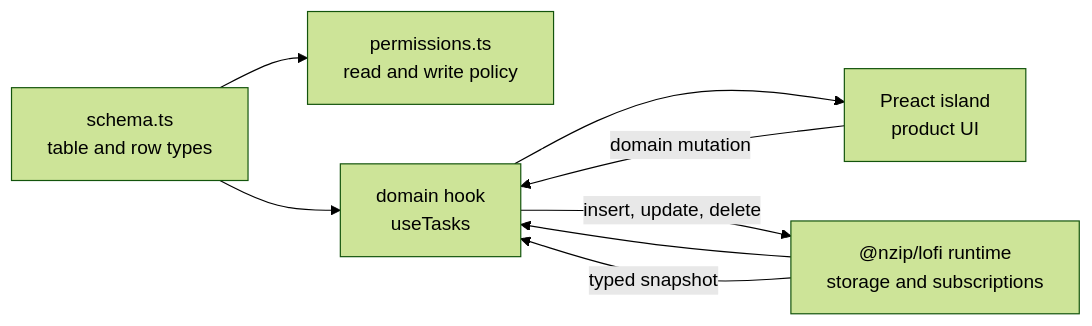
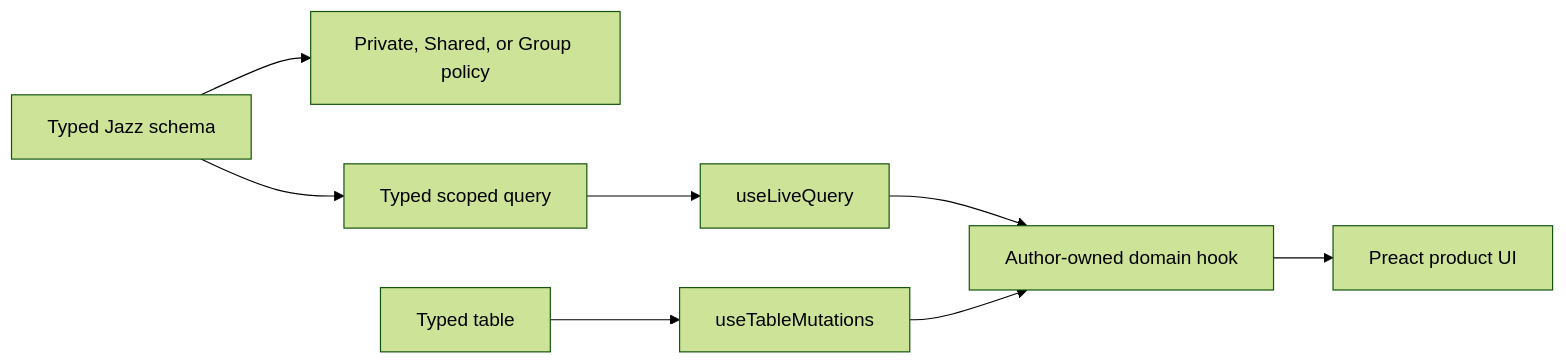
Before and after one commit to FelineStateMachine/lofi: the diagram in docs/data-and-ui.md, drawn with Mermaid (forest theme). The commit also changed other lines of this file and 5 other files, not shown here.

````diff
--- a/docs/data-and-ui.md
+++ b/docs/data-and-ui.md
@@ -5,10 +6,10 @@
 ```mermaid
 flowchart LR
-    Schema["schema.ts<br/>table and row types"] --> Permissions["permissions.ts<br/>read and write policy"]
-    Schema --> Hook["domain hook<br/>useTasks"]
-    Runtime["@nzip/lofi runtime<br/>storage and subscriptions"] --> Hook
-    Hook --> Island["Preact island<br/>product UI"]
-    Island -- "domain mutation" --> Hook
-    Hook -- "insert, update, delete" --> Runtime
-    Runtime -- "typed snapshot" --> Hook
+    Schema["Typed Jazz schema"] --> Policy["Private, Shared, or Group policy"]
+    Schema --> Query["Typed scoped query"]
+    Query --> Live["useLiveQuery"]
+    Table["Typed table"] --> Mutations["useTableMutations"]
+    Live --> Domain["Author-owned domain hook"]
+    Mutations --> Domain
+    Domain --> UI["Preact product UI"]
 ```
````
